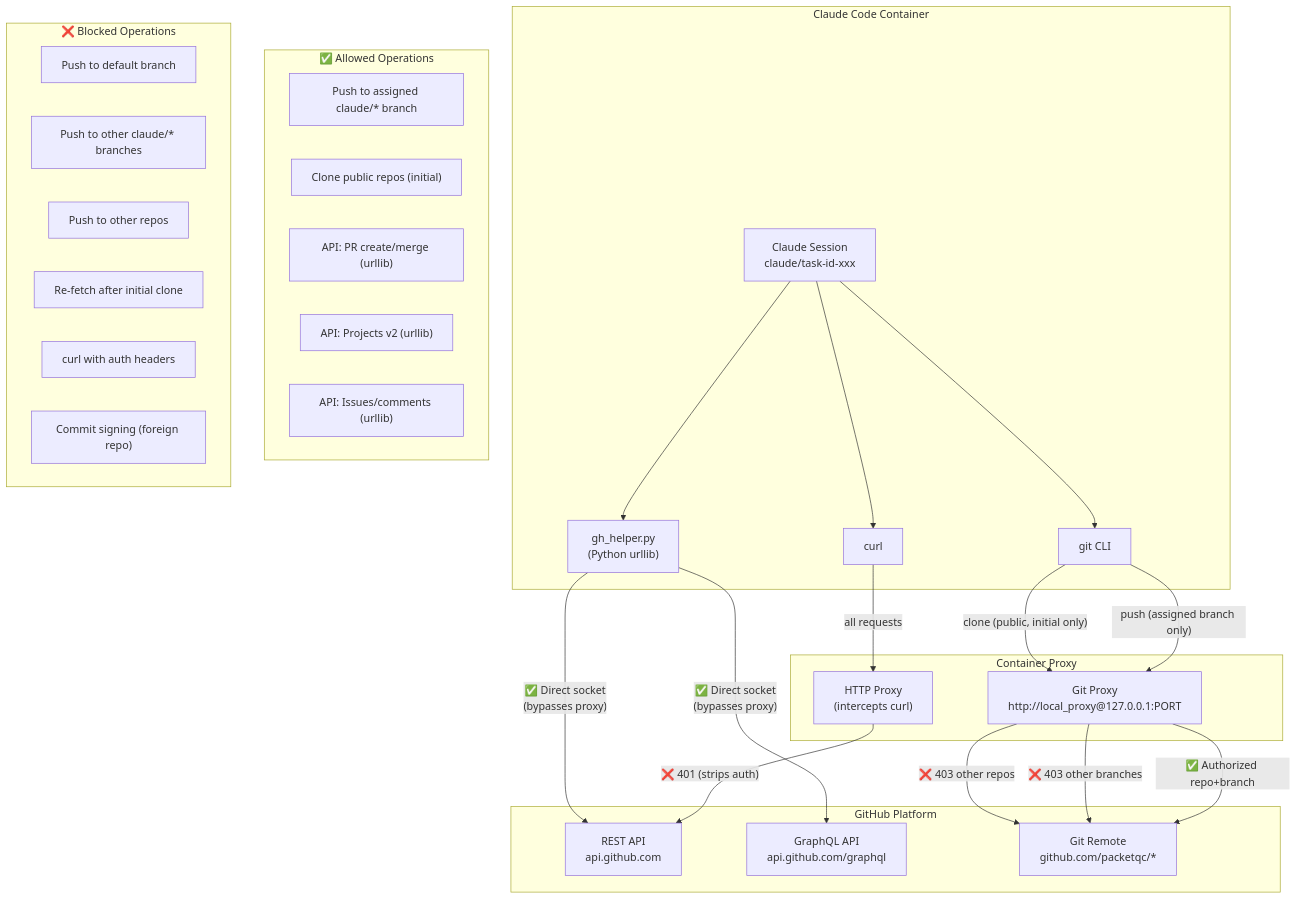
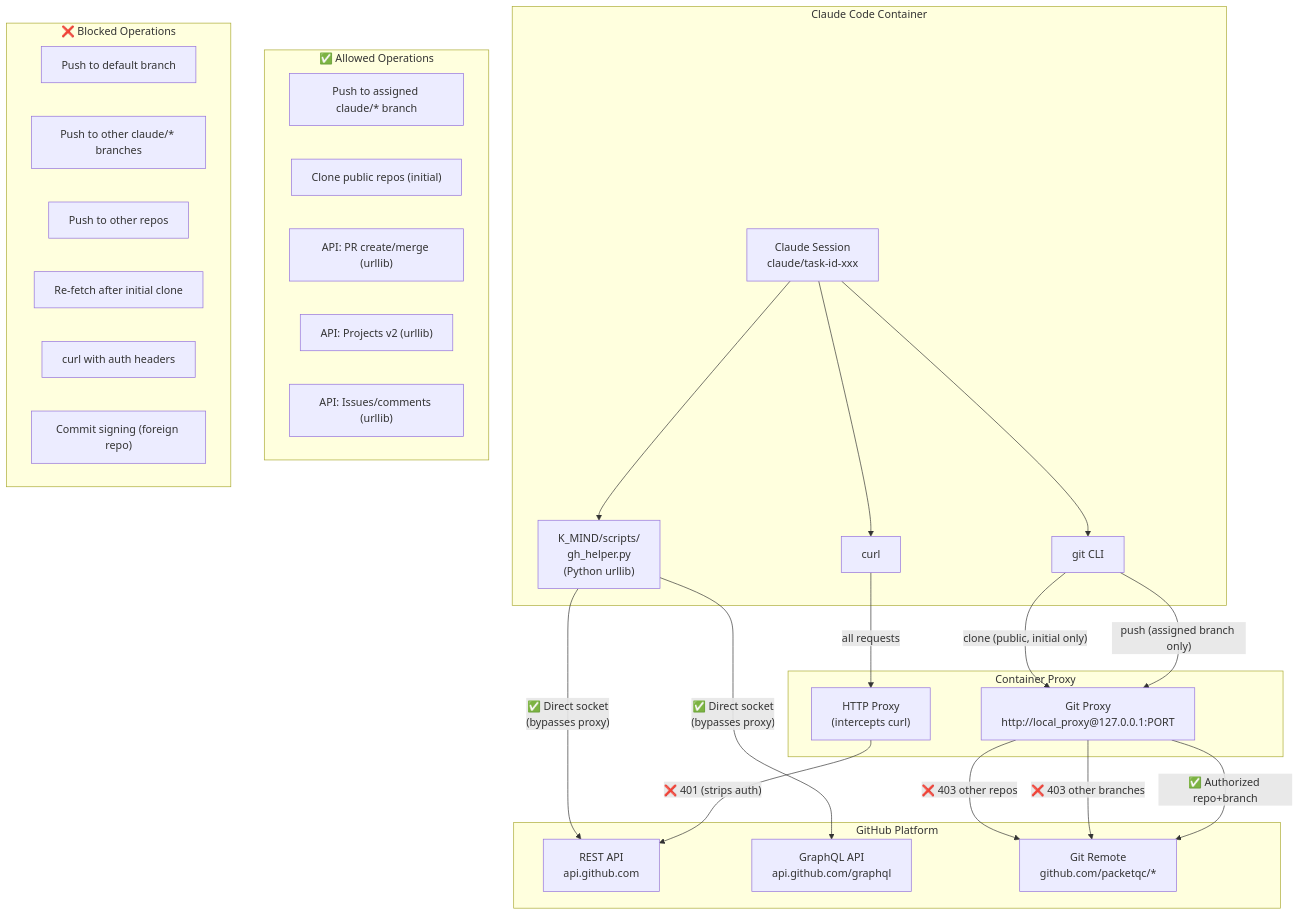
The seventh of 14 diagrams in docs/fr/publications/architecture-diagrams/full/index.md (packetqc/K_DOCS), drawn with Mermaid before and after one commit. The commit also changed other lines of this file and 4 other files, not shown here.

First line of the commit message:
feat: rewrite all 14 architecture diagrams for Knowledge 2.0

````diff
--- a/docs/fr/publications/architecture-diagrams/full/index.md
+++ b/docs/fr/publications/architecture-diagrams/full/index.md
@@ -437,53 +465,53 @@
 ```mermaid
 flowchart TB
     subgraph Container["Claude Code Container"]
         Session["Claude Session<br/>claude/task-id-xxx"]
-        GHHelper["gh_helper.py<br/>(Python urllib)"]
+        GHHelper["K_MIND/scripts/<br/>gh_helper.py<br/>(Python urllib)"]
         GitCLI["git CLI"]
         CurlCLI["curl"]
     end
 
     subgraph Proxy["Container Proxy"]
         GitProxy["Git Proxy<br/>http://local_proxy@127.0.0.1:PORT"]
         HTTPProxy["HTTP Proxy<br/>(intercepts curl)"]
     end
 
     subgraph GitHub_API["GitHub Platform"]
         REST["REST API<br/>api.github.com"]
         GraphQL["GraphQL API<br/>api.github.com/graphql"]
         GitRemote["Git Remote<br/>github.com/packetqc/*"]
     end
 
     Session --> GitCLI
     Session --> GHHelper
     Session --> CurlCLI
 
     GitCLI -->|"push (assigned branch only)"| GitProxy
     GitCLI -->|"clone (public, initial only)"| GitProxy
     GitProxy -->|"✅ Authorized repo+branch"| GitRemote
     GitProxy -->|"❌ 403 other branches"| GitRemote
     GitProxy -->|"❌ 403 other repos"| GitRemote
 
     CurlCLI -->|"all requests"| HTTPProxy
     HTTPProxy -->|"❌ 401 (strips auth)"| REST
 
     GHHelper -->|"✅ Direct socket<br/>(bypasses proxy)"| REST
     GHHelper -->|"✅ Direct socket<br/>(bypasses proxy)"| GraphQL
 
     subgraph Allowed["✅ Allowed Operations"]
         A1["Push to assigned claude/* branch"]
         A2["Clone public repos (initial)"]
         A3["API: PR create/merge (urllib)"]
         A4["API: Projects v2 (urllib)"]
         A5["API: Issues/comments (urllib)"]
     end
 
     subgraph Blocked["❌ Blocked Operations"]
         B1["Push to default branch"]
         B2["Push to other claude/* branches"]
         B3["Push to other repos"]
         B4["Re-fetch after initial clone"]
         B5["curl with auth headers"]
         B6["Commit signing (foreign repo)"]
     end
 ```
````
